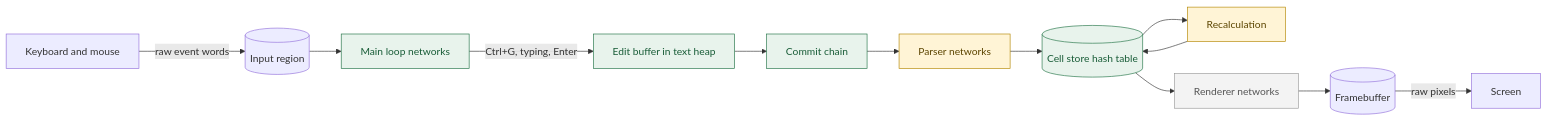
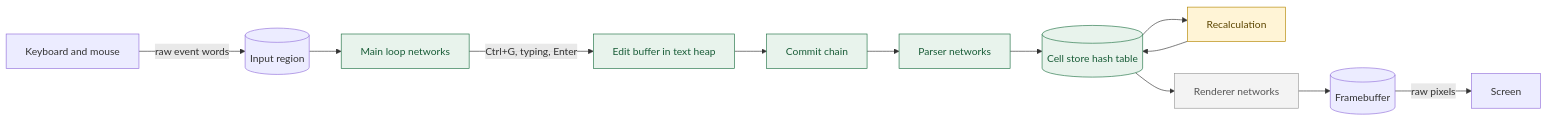
The first of 2 diagrams in README.md (dirktheeng/WeightSpaceExcel), drawn with Mermaid before and after one commit. The commit also changed other lines of this file and 19 other files, not shown here.

````diff
--- a/README.md
+++ b/README.md
@@ -15,20 +15,21 @@
 ```mermaid
 flowchart LR
     K[Keyboard and mouse] -->|raw event words| IN[(Input region)]
     IN --> ML[Main loop networks]
     ML -->|Ctrl+G, typing, Enter| ED[Edit buffer in text heap]
     ED --> CM[Commit chain]
     CM --> P[Parser networks]
     P --> CS[(Cell store hash table)]
     CS --> CALC[Recalculation]
     CALC --> CS
     CS --> R[Renderer networks]
     R --> FB[(Framebuffer)]
     FB -->|raw pixels| SCREEN[Screen]
     classDef done fill:#e8f3ec,stroke:#217346,color:#185c37;
     classDef wip fill:#fff4d6,stroke:#b38600,color:#5c4500;
     classDef todo fill:#f3f3f3,stroke:#999,color:#555;
     class ML,ED,CM,CS done;
-    class P,CALC wip;
+    class P done;
+    class CALC wip;
     class R todo;
 ```
````
